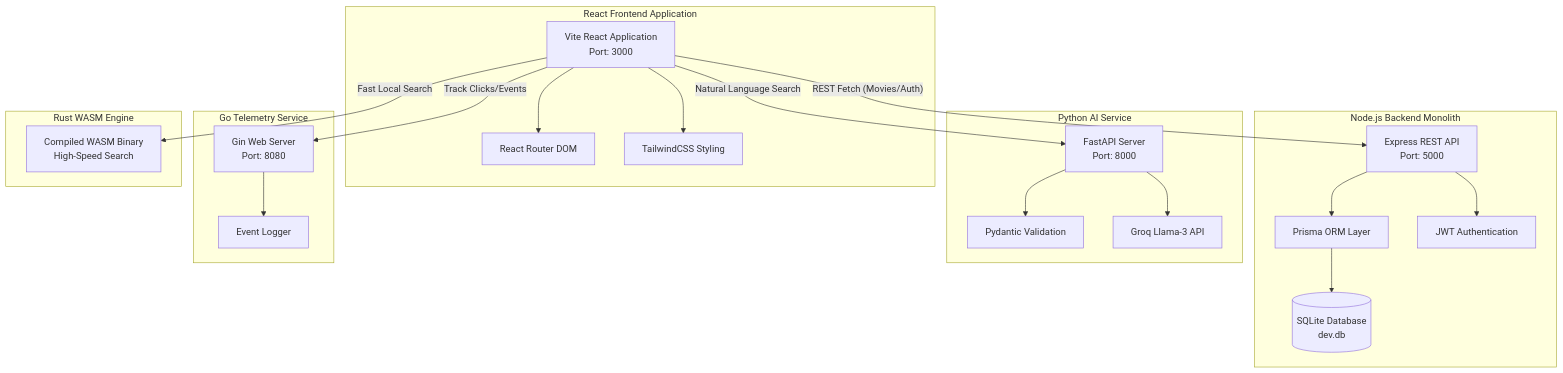
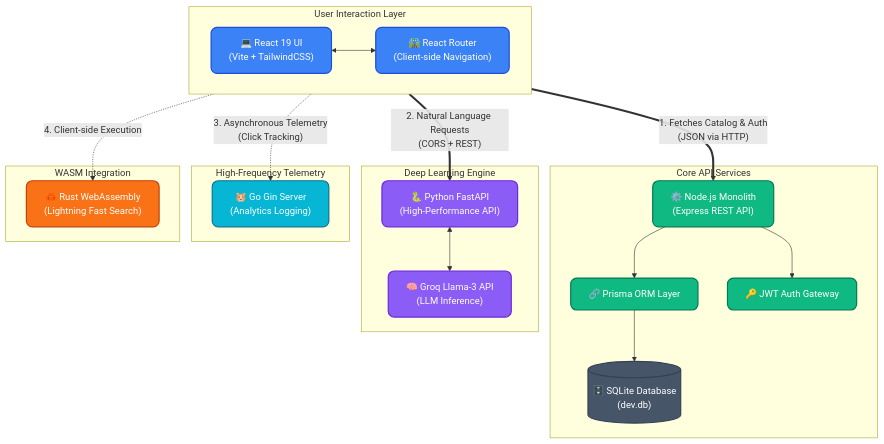
Before and after one commit to Neelanjan2448040/anicart-streaming-platform: the diagram in README.md, drawn with Mermaid. The commit also changed other lines of this file and 2 other files, not shown here.

Commit message:
fix: Resolve CI build issues and polish README

````diff
--- a/README.md
+++ b/README.md
@@ -27,53 +29,49 @@
 ```mermaid
-graph TD
-    %% Frontend Layer
-    subgraph Frontend [React Frontend Application]
-        UI[Vite React Application\nPort: 3000]
-        Router[React Router DOM]
-        Tailwind[TailwindCSS Styling]
-        
-        UI --> Router
-        UI --> Tailwind
+graph TB
+    %% Styling
+    classDef frontend fill:#3b82f6,stroke:#1d4ed8,stroke-width:2px,color:#fff,rx:10px,ry:10px
+    classDef backend fill:#10b981,stroke:#047857,stroke-width:2px,color:#fff,rx:10px,ry:10px
+    classDef ai fill:#8b5cf6,stroke:#6d28d9,stroke-width:2px,color:#fff,rx:10px,ry:10px
+    classDef go fill:#06b6d4,stroke:#0e7490,stroke-width:2px,color:#fff,rx:10px,ry:10px
+    classDef rust fill:#f97316,stroke:#c2410c,stroke-width:2px,color:#fff,rx:10px,ry:10px
+    classDef db fill:#475569,stroke:#334155,stroke-width:2px,color:#fff,rx:10px,ry:10px
+
+    subgraph User Interaction Layer
+        direction LR
+        UI["💻 React 19 UI\n(Vite + TailwindCSS)"]:::frontend
+        Router["🛣️ React Router\n(Client-side Navigation)"]:::frontend
+        UI <--> Router
     end
 
-    %% Backend Layer
-    subgraph Backend [Node.js Backend Monolith]
-        API[Express REST API\nPort: 5000]
-        Prisma[Prisma ORM Layer]
-        SQLite[(SQLite Database\ndev.db)]
-        Auth[JWT Authentication]
+    subgraph Core API Services
+        API["⚙️ Node.js Monolith\n(Express REST API)"]:::backend
+        Prisma["🔗 Prisma ORM Layer"]:::backend
+        Auth["🔑 JWT Auth Gateway"]:::backend
+        SQLite[("🗄️ SQLite Database\n(dev.db)")]:::db
         
         API --> Auth
         API --> Prisma
         Prisma --> SQLite
     end
 
-    %% Python Microservice
-    subgraph AI_Service [Python AI Service]
-        FastAPI[FastAPI Server\nPort: 8000]
-        Pydantic[Pydantic Validation]
-        Groq[Groq Llama-3 API]
+    subgraph Deep Learning Engine
+        FastAPI["🐍 Python FastAPI\n(High-Performance API)"]:::ai
+        Groq["🧠 Groq Llama-3 API\n(LLM Inference)"]:::ai
         
-        FastAPI --> Pydantic
-        FastAPI --> Groq
+        FastAPI <--> Groq
     end
 
-    %% Go Microservice
-    subgraph Analytics_Service [Go Telemetry Service]
-        Gin[Gin Web Server\nPort: 8080]
-        Logger[Event Logger]
-        
-        Gin --> Logger
+    subgraph High-Frequency Telemetry
+        Gin["🐹 Go Gin Server\n(Analytics Logging)"]:::go
     end
 
-    %% Rust WASM Module
-    subgraph Search_Engine [Rust WASM Engine]
-        WASM[Compiled WASM Binary\nHigh-Speed Search]
+    subgraph WASM Integration
+        Rust["🦀 Rust WebAssembly\n(Lightning Fast Search)"]:::rust
     end
 
-    %% System Connections
-    UI -- "REST Fetch (Movies/Auth)" --> API
-    UI -- "Natural Language Search" --> FastAPI
-    UI -- "Track Clicks/Events" --> Gin
-    UI -- "Fast Local Search" --> WASM
+    %% Network Routing
+    UI =="1. Fetches Catalog & Auth\n(JSON via HTTP)"==> API
+    UI =="2. Natural Language Requests\n(CORS + REST)"==> FastAPI
+    UI -. "3. Asynchronous Telemetry\n(Click Tracking)" .-> Gin
+    UI -. "4. Client-side Execution" .-> Rust
 ```
````
